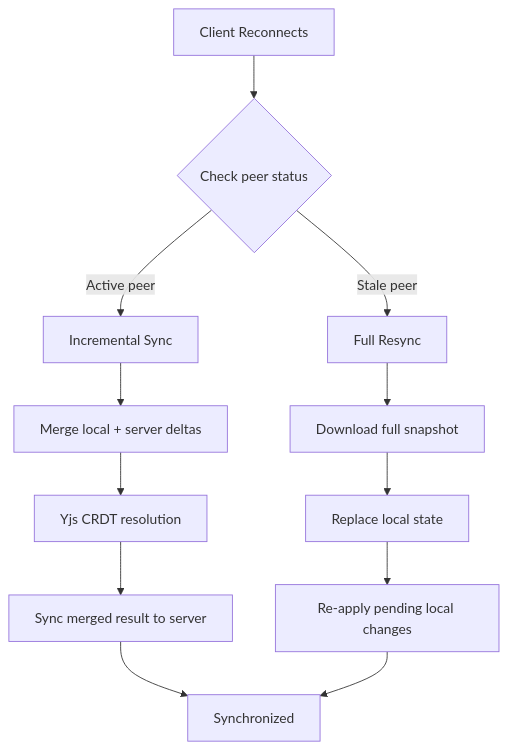
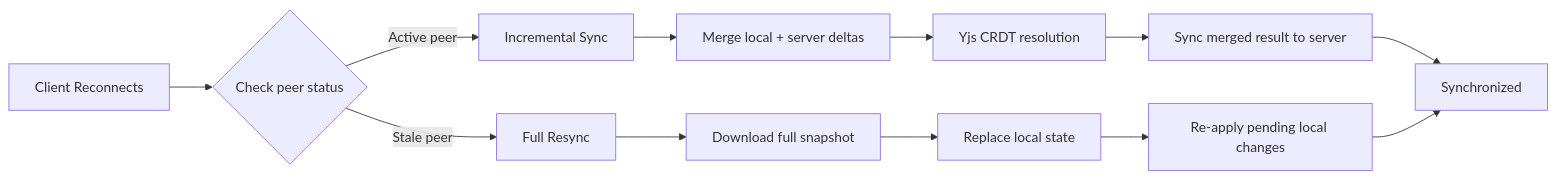
One commit to robelest/robelest changed diagram 12 of 12 in journal/2025-12-25-replicate-local-first.md. Above: the diagram before and after it, drawn with Mermaid. The commit also changed other lines of this file and 3 other files, not shown here.

First line of the commit message:
feat: use mermaid-cli for PDF diagram rendering with caching

````diff
--- a/journal/2025-12-25-replicate-local-first.md
+++ b/journal/2025-12-25-replicate-local-first.md
@@ -1206,22 +1205,22 @@
 ```mermaid
-flowchart TD
+flowchart LR
     RECONNECT[Client Reconnects]
     CHECK{Check peer status}
     
     RECONNECT --> CHECK
     
     CHECK -->|Active peer| INCREMENTAL[Incremental Sync]
     CHECK -->|Stale peer| FULL[Full Resync]
     
     INCREMENTAL --> MERGE[Merge local + server deltas]
     FULL --> SNAPSHOT[Download full snapshot]
     
     MERGE --> RESOLVE[Yjs CRDT resolution]
     SNAPSHOT --> REPLACE[Replace local state]
     
     RESOLVE --> SYNC_BACK[Sync merged result to server]
     REPLACE --> APPLY_LOCAL[Re-apply pending local changes]
     
     SYNC_BACK --> DONE[Synchronized]
     APPLY_LOCAL --> DONE
 ```
````
